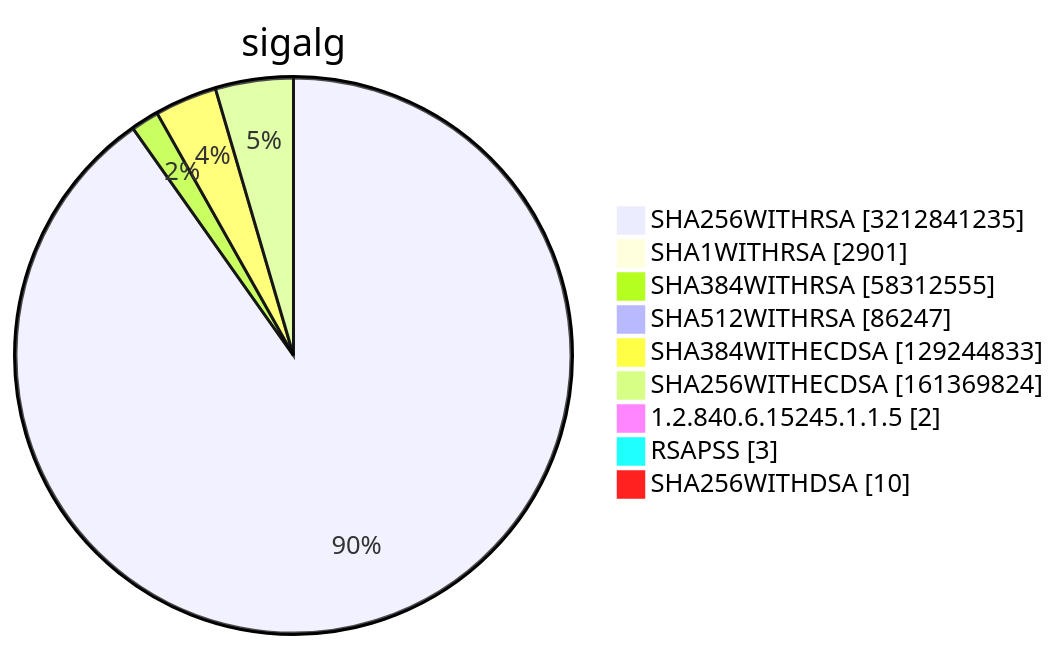
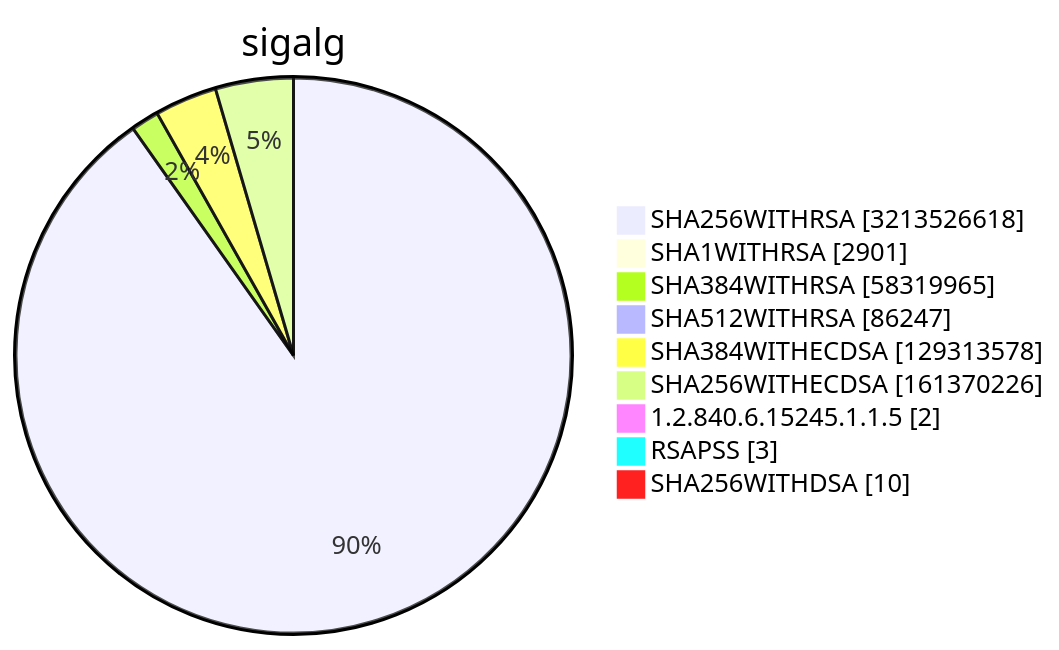
Before and after one commit to christiankrug/ctmonitor_visualization: diagram 15 of 15 in TOTAL/README.md, drawn with Mermaid. The commit also changed other lines of this file, not shown here.

````diff
--- a/TOTAL/README.md
+++ b/TOTAL/README.md
@@ -6217,13 +6217,13 @@
 ```mermaid
 pie showData
 title sigalg
-"SHA256WITHRSA" :3212841235
+"SHA256WITHRSA" :3213526618
 "SHA1WITHRSA" :2901
-"SHA384WITHRSA" :58312555
+"SHA384WITHRSA" :58319965
 "SHA512WITHRSA" :86247
-"SHA384WITHECDSA" :129244833
-"SHA256WITHECDSA" :161369824
+"SHA384WITHECDSA" :129313578
+"SHA256WITHECDSA" :161370226
 "1.2.840.6.15245.1.1.5" :2
 "RSAPSS" :3
 "SHA256WITHDSA" :10
 ```
````
